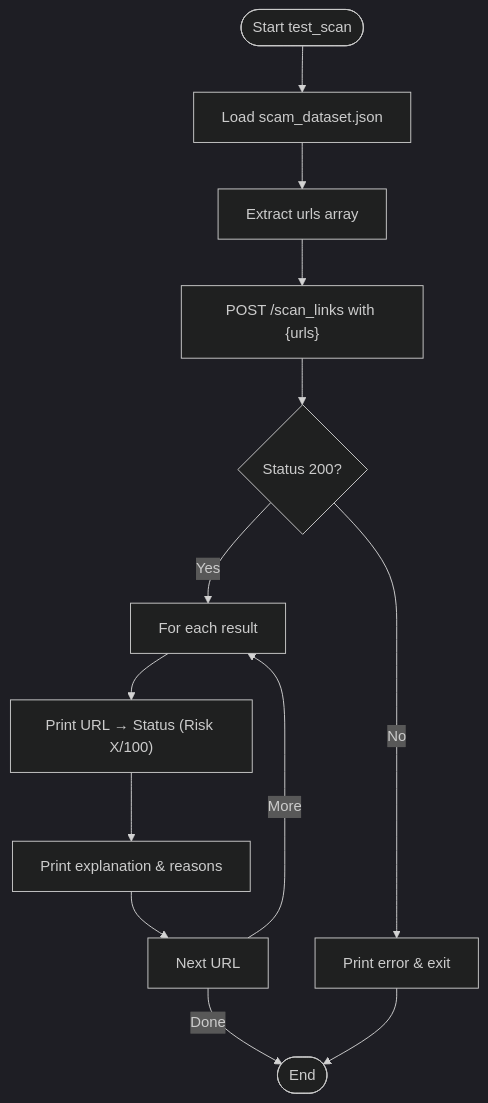
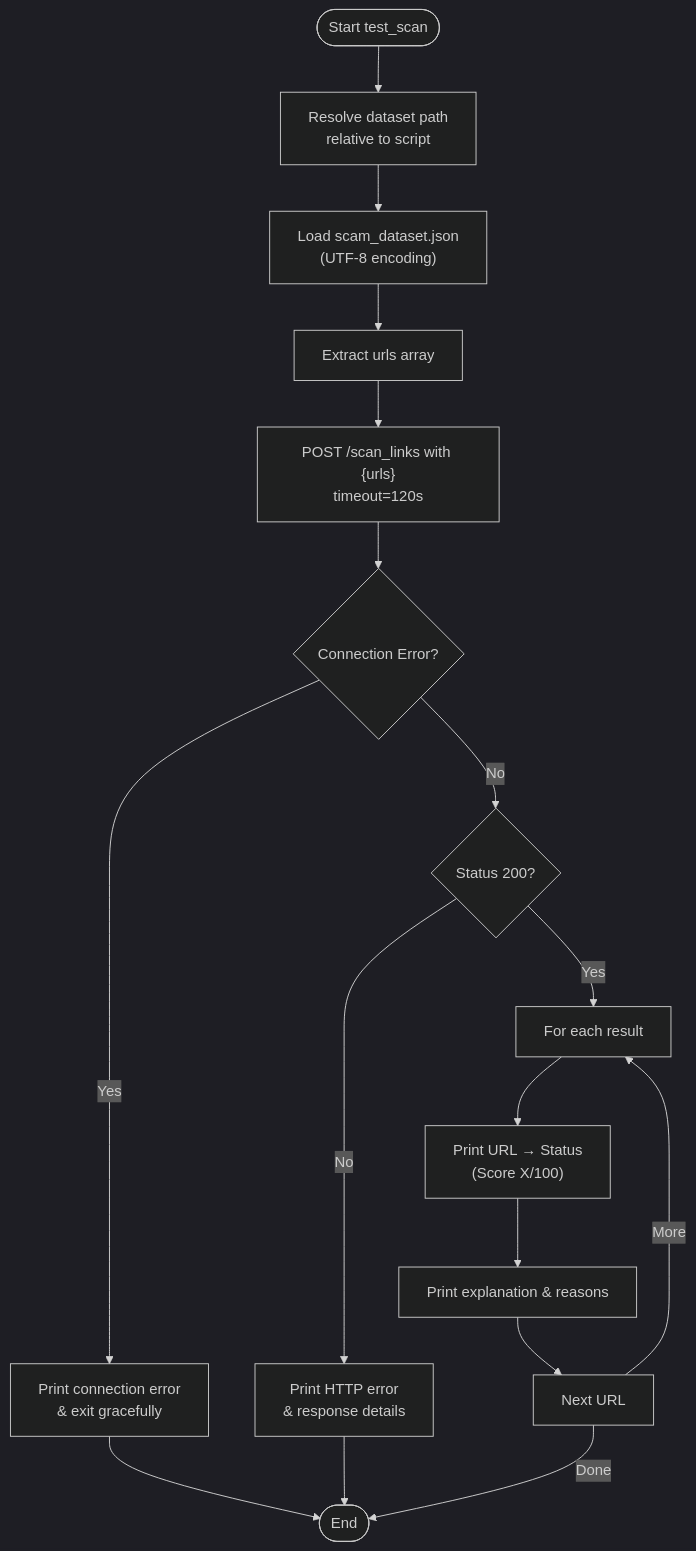
The fourth of 6 diagrams in .qoder/repowiki/en/content/Evaluation and Testing Framework.md (Aymanaahh/scrollguard-ai), drawn with Mermaid (dark theme) before and after one commit. The commit also changed other lines of this file and 18 other files, not shown here.

````diff
--- a/.qoder/repowiki/en/content/Evaluation and Testing Framework.md
+++ b/.qoder/repowiki/en/content/Evaluation and Testing Framework.md
@@ -186,15 +206,19 @@
 ```mermaid
 flowchart TD
-Start(["Start test_scan"]) --> Load["Load scam_dataset.json"]
+Start(["Start test_scan"]) --> ResolvePath["Resolve dataset path<br/>relative to script"]
+ResolvePath --> Load["Load scam_dataset.json<br/>(UTF-8 encoding)"]
 Load --> Extract["Extract urls array"]
-Extract --> SimpleReq["POST /scan_links with {urls}"]
-SimpleReq --> StatusOK{"Status 200?"}
-StatusOK --> |No| Error["Print error & exit"]
+Extract --> SimpleReq["POST /scan_links with {urls}<br/>timeout=120s"]
+SimpleReq --> ConnError{"Connection Error?"}
+ConnError --> |Yes| HandleConnErr["Print connection error<br/>& exit gracefully"]
+ConnError --> |No| StatusOK{"Status 200?"}
+StatusOK --> |No| HandleHttpErr["Print HTTP error<br/>& response details"]
 StatusOK --> |Yes| Loop["For each result"]
-Loop --> Display["Print URL → Status (Risk X/100)"]
+Loop --> Display["Print URL → Status<br/>(Score X/100)"]
 Display --> Details["Print explanation & reasons"]
 Details --> Next["Next URL"]
 Next --> |More| Loop
 Next --> |Done| End(["End"])
-Error --> End
+HandleConnErr --> End
+HandleHttpErr --> End
 ```
````
